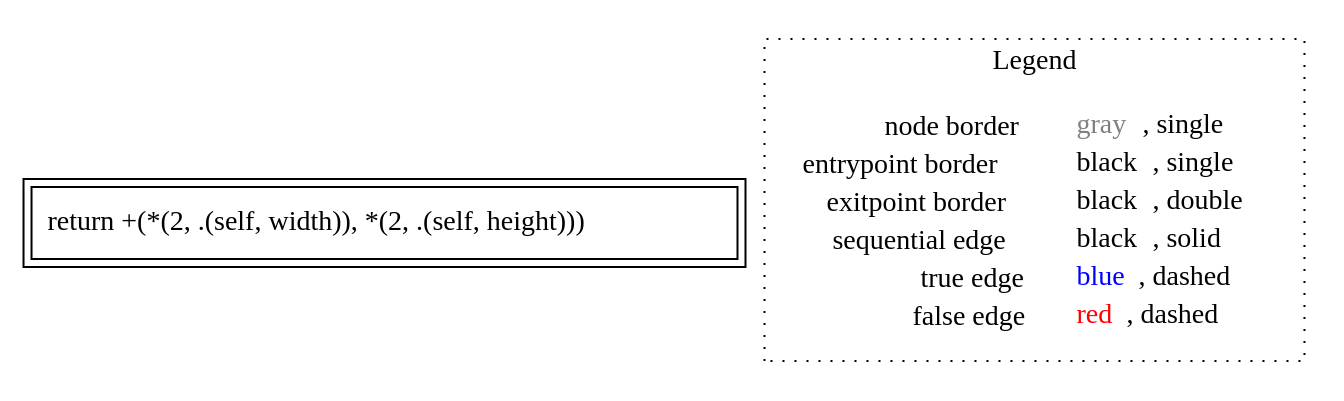
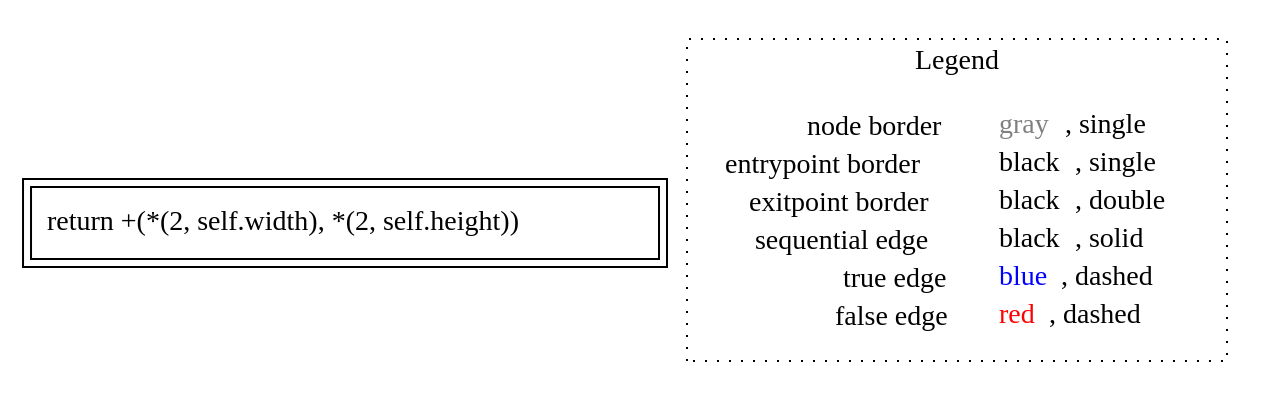
The diagram in rust-lisa/rust-testcases/cfg/rectangle/usize_Rect.perim().dot (VincenzoArceri/rust-lisa), drawn with Graphviz before and after one commit. The commit also changed 3 other files, not shown here.

```diff
--- a/rust-lisa/rust-testcases/cfg/rectangle/usize_Rect.perim().dot
+++ b/rust-lisa/rust-testcases/cfg/rectangle/usize_Rect.perim().dot
@@ -1,10 +1,10 @@
 digraph {
-	"node0" [shape="rect",color="black",peripheries="2",label=<return +(*(2, .(self, width)), *(2, .(self, height)))>];
+	"node0" [shape="rect",color="black",peripheries="2",label=<return +(*(2, self.width), *(2, self.height))>];
 subgraph cluster_legend {
 	label="Legend";
 	style=dotted;
 	node [shape=plaintext];
 	"legend" [label=<<table border="0" cellpadding="2" cellspacing="0" cellborder="0"><tr><td align="right">node border&nbsp;</td><td align="left"><font color="gray">gray</font>, single</td></tr><tr><td align="right">entrypoint border&nbsp;</td><td align="left"><font color="black">black</font>, single</td></tr><tr><td align="right">exitpoint border&nbsp;</td><td align="left"><font color="black">black</font>, double</td></tr><tr><td align="right">sequential edge&nbsp;</td><td align="left"><font color="black">black</font>, solid</td></tr><tr><td align="right">true edge&nbsp;</td><td align="left"><font color="blue">blue</font>, dashed</td></tr><tr><td align="right">false edge&nbsp;</td><td align="left"><font color="red">red</font>, dashed</td></tr></table>>];
 }
 
 }
```
